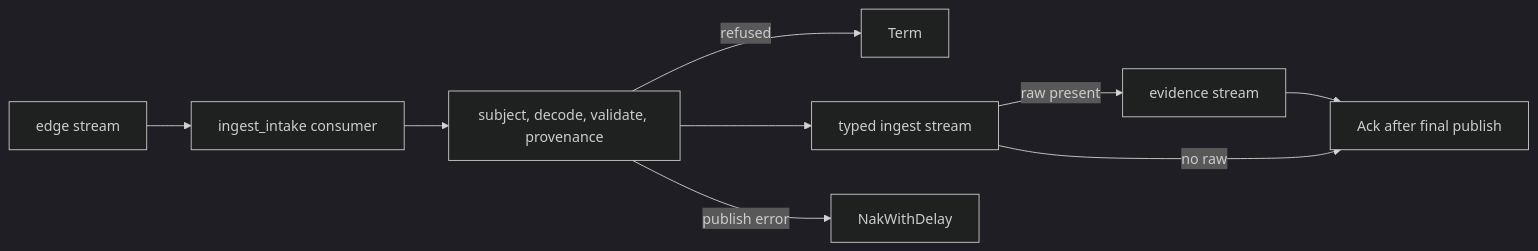
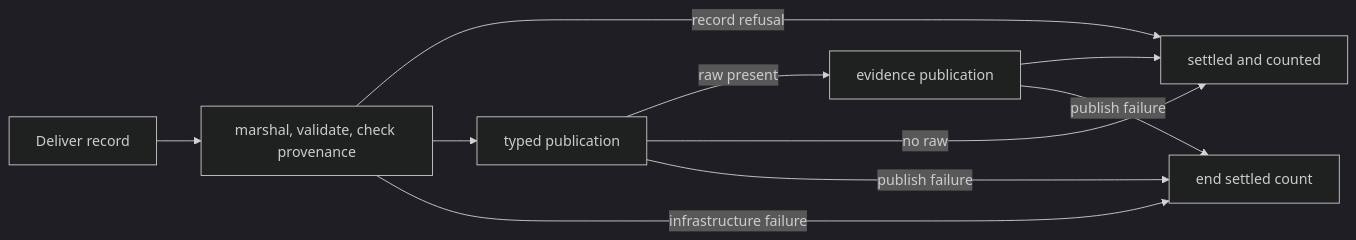
Before and after one commit to Aledantee/FlowSeer: the diagram in src/services/device/internal/intake/README.md, drawn with Mermaid (dark theme). The commit also changed other lines of this file and 7 other files, not shown here.

````diff
--- a/src/services/device/internal/intake/README.md
+++ b/src/services/device/internal/intake/README.md
@@ -24,11 +22,12 @@
 ```mermaid
 flowchart LR
-    E[edge stream] --> C[ingest_intake consumer]
-    C --> V[subject, decode, validate, provenance]
-    V -- refused --> T[Term]
-    V --> I[typed ingest stream]
-    I -- raw present --> R[evidence stream]
-    R --> A[Ack after final publish]
-    I -- no raw --> A
-    V -- publish error --> N[NakWithDelay]
+    D[Deliver record] --> V[marshal, validate, check provenance]
+    V -- record refusal --> S[settled and counted]
+    V --> T[typed publication]
+    T -- raw present --> E[evidence publication]
+    T -- no raw --> S
+    E --> S
+    V -- infrastructure failure --> R[end settled count]
+    T -- publish failure --> R
+    E -- publish failure --> R
 ```
````
